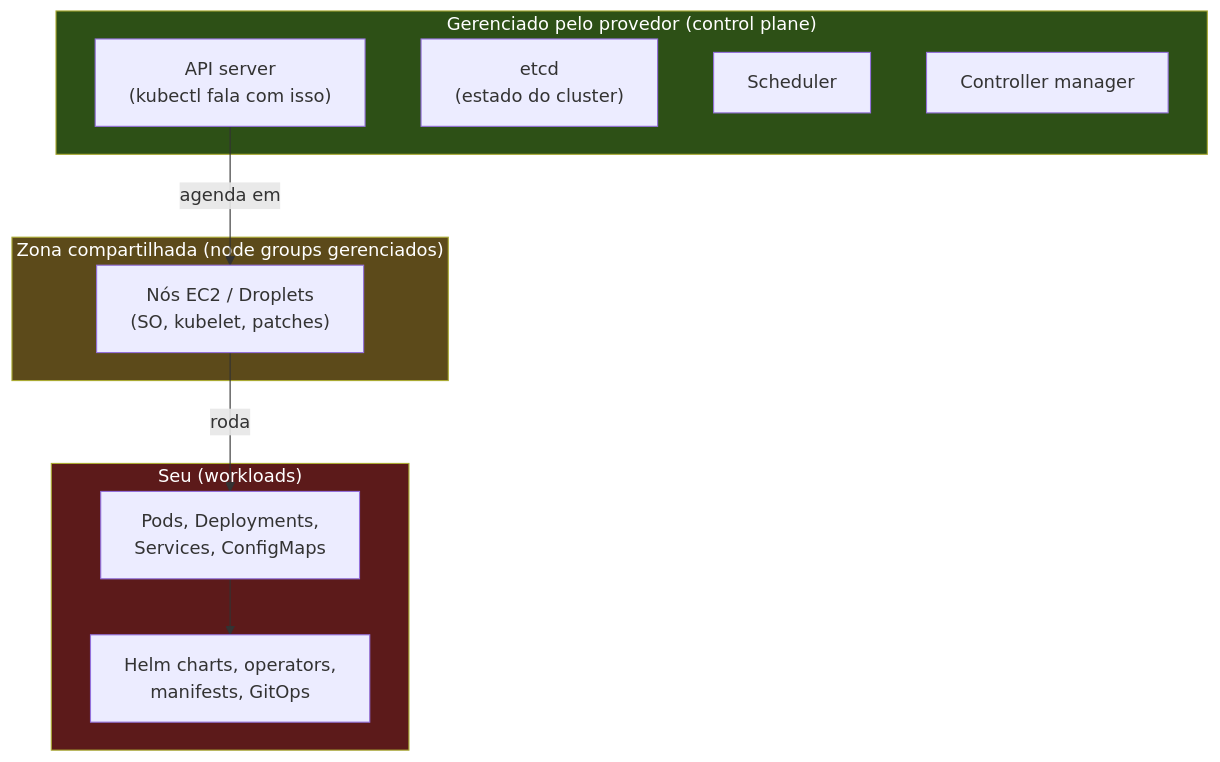
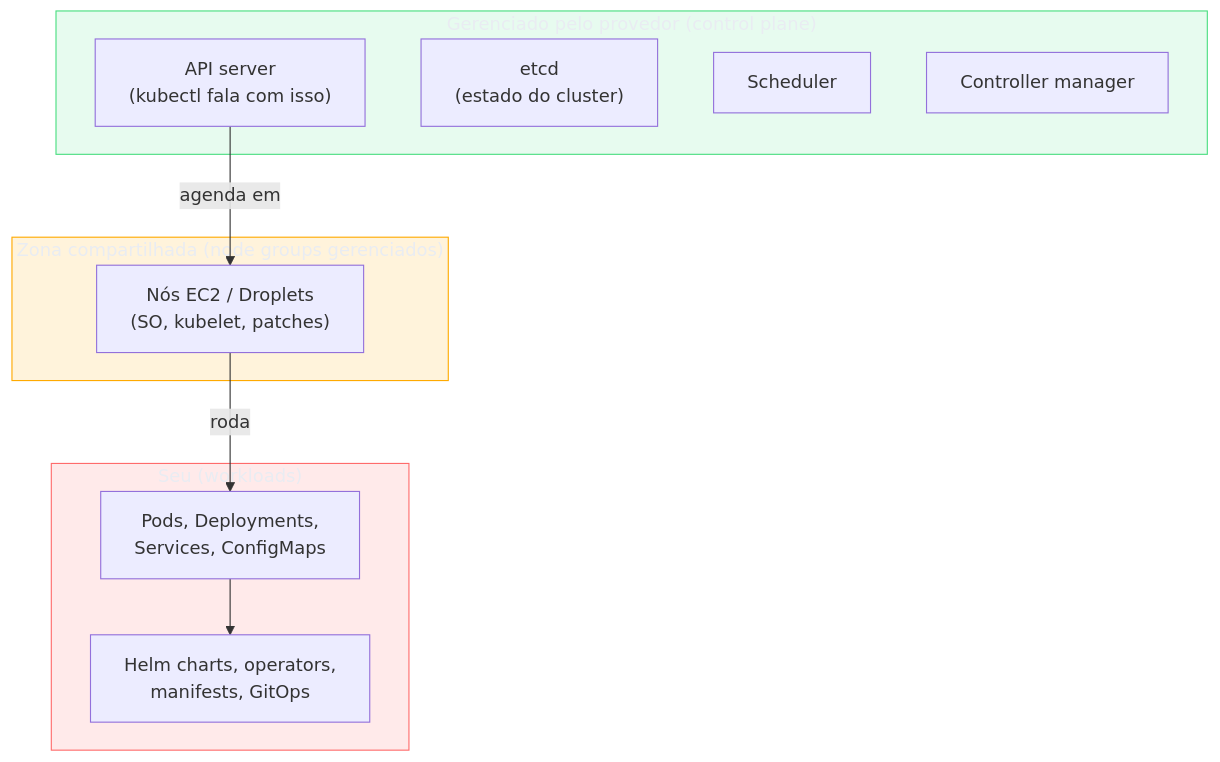
Before and after one commit to josenaldo/codex-technomanticus: the first of 3 diagrams in 03-Dominios/Tecnologia/Cloud/12 - Containers gerenciados/05 - Kubernetes gerenciado de raspão.md, drawn with Mermaid. The commit also changed other lines of this file and 1181 other files, not shown here.

First line of the commit message:
fix(diagramas): paleta do sistema no lugar de cor cravada no markdown

````diff
--- a/03-Dominios/Tecnologia/Cloud/12 - Containers gerenciados/05 - Kubernetes gerenciado de raspão.md
+++ b/03-Dominios/Tecnologia/Cloud/12 - Containers gerenciados/05 - Kubernetes gerenciado de raspão.md
@@ -32,26 +32,29 @@
 ```mermaid
 flowchart TB
+    classDef ok fill:#4ADE8021,stroke:#4ADE80,color:#E9ECF2
+    classDef destaque fill:#FFAA0024,stroke:#FFAA00,color:#E9ECF2
+    classDef falha fill:#FF6B6B24,stroke:#FF6B6B,color:#E9ECF2
     subgraph provedor["Gerenciado pelo provedor (control plane)"]
         api["API server<br/>(kubectl fala com isso)"]
         etcd["etcd<br/>(estado do cluster)"]
         sched["Scheduler"]
         ctrl["Controller manager"]
     end
 
     subgraph compartilhado["Zona compartilhada (node groups gerenciados)"]
         nodes["Nós EC2 / Droplets<br/>(SO, kubelet, patches)"]
     end
 
     subgraph seu["Seu (workloads)"]
         pods["Pods, Deployments,<br/>Services, ConfigMaps"]
         helm["Helm charts, operators,<br/>manifests, GitOps"]
     end
 
     api -->|agenda em| nodes
     nodes -->|roda| pods
     pods --> helm
 
-    style provedor fill:#2d5016,color:#fff
-    style compartilhado fill:#5c4a1a,color:#fff
-    style seu fill:#5c1a1a,color:#fff
+    class provedor ok
+    class compartilhado destaque
+    class seu falha
 ```
````
